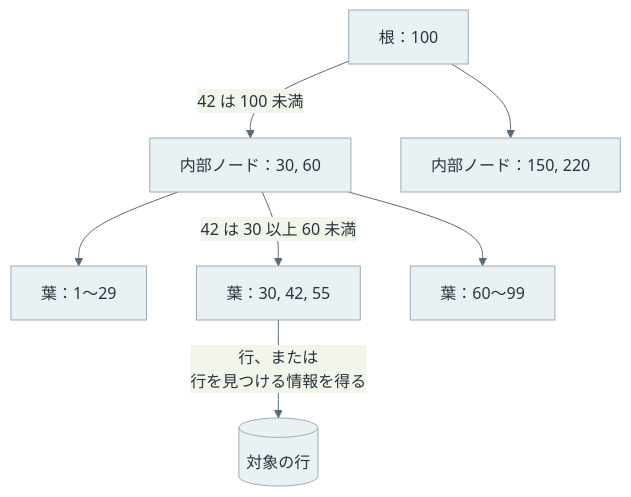
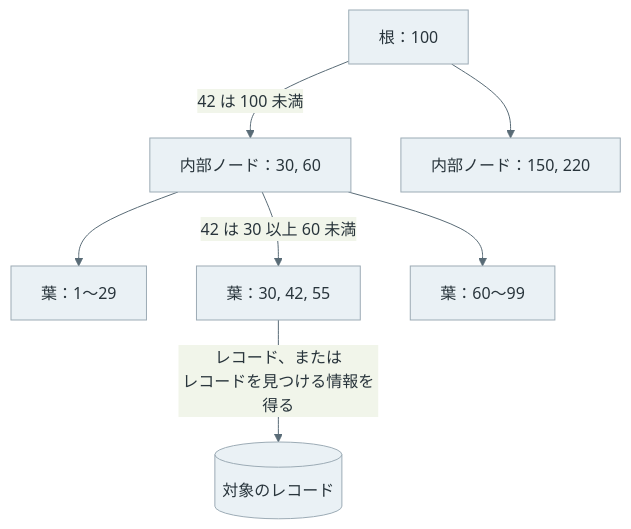
Before and after one commit to nao1215/debimate: the fourth of 8 diagrams in content/notes/database-systems/b-tree/index.md, drawn with Mermaid. The commit also changed other lines of this file and 125 other files, not shown here.

````diff
--- a/content/notes/database-systems/b-tree/index.md
+++ b/content/notes/database-systems/b-tree/index.md
@@ -151,18 +153,18 @@
 ```mermaid
 %%{init: {"theme":"base","themeVariables":{"primaryColor":"#eaf1f5","primaryTextColor":"#28343b","primaryBorderColor":"#9cabb5","lineColor":"#596b76","textColor":"#28343b","actorBkg":"#eaf1f5","actorBorder":"#9cabb5","actorTextColor":"#28343b","actorLineColor":"#9cabb5","signalColor":"#596b76","signalTextColor":"#28343b","noteBkgColor":"#f7f1e5","noteBorderColor":"#c5b99b","noteTextColor":"#403c32","activationBkgColor":"#edf3ef","activationBorderColor":"#9aafa1"}}}%%
 flowchart TD
     R["根：100"]
     I1["内部ノード：30, 60"]
     I2["内部ノード：150, 220"]
     L1["葉：1〜29"]
     L2["葉：30, 42, 55"]
     L3["葉：60〜99"]
-    T[("対象の行")]
+    T[("対象のレコード")]
     R -->|"42 は 100 未満"| I1
     R --> I2
     I1 --> L1
     I1 -->|"42 は 30 以上 60 未満"| L2
     I1 --> L3
-    L2 -->|"行、または<br/>行を見つける情報を得る"| T
+    L2 -->|"レコード、または<br/>レコードを見つける情報を得る"| T
     classDef default fill:#eaf1f5,stroke:#9cabb5,color:#28343b;
 ```
````
